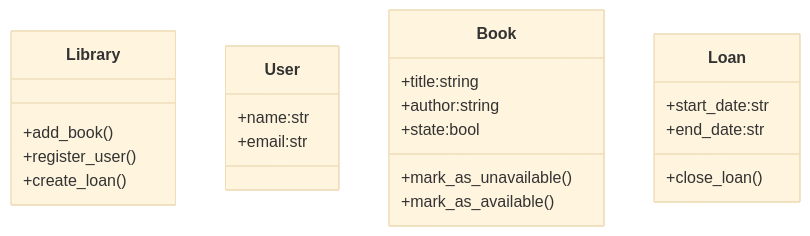
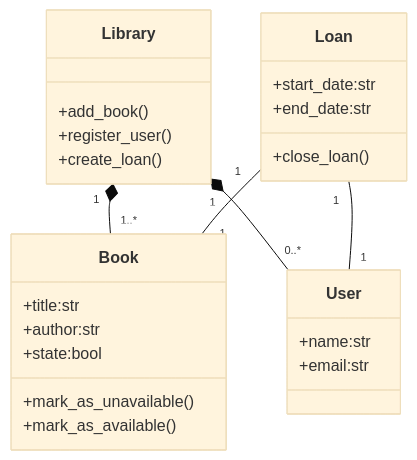
Before and after one commit to sagalou/holbertonschool-sw_design_architecture: the diagram in uml_intro/0-class_diagram.mmd, drawn with Mermaid (base theme).

Commit message:
fix 0-class_diagram.mmd file

```diff
--- a/uml_intro/0-class_diagram.mmd
+++ b/uml_intro/0-class_diagram.mmd
@@ -1,22 +1,26 @@
 classDiagram
     class Library {
       +add_book()
       +register_user()
       +create_loan()
     }
     class User{
       +name:str
       +email:str
     }
     class Book{
-      +title:string
-      +author:string
+      +title:str
+      +author:str
       +state:bool
       +mark_as_unavailable()
       +mark_as_available()
     }
     class Loan {
         +start_date:str
         +end_date:str
         +close_loan()
     }
+    Library "1" *-- "1..*" Book
+    Library "1" *-- "0..*" User
+    Loan "1" -- "1" Book
+    Loan  "1" -- "1" User
```
